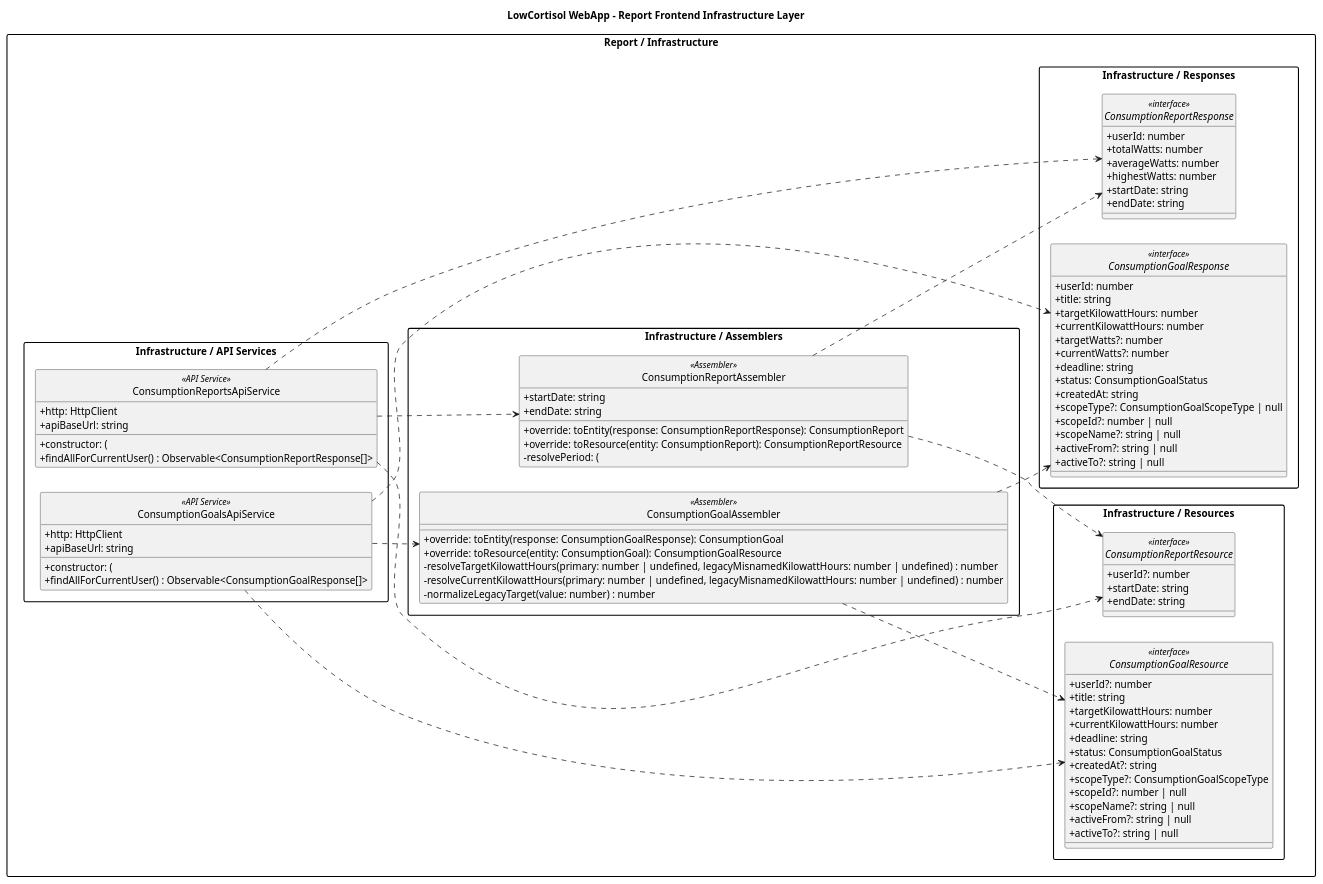
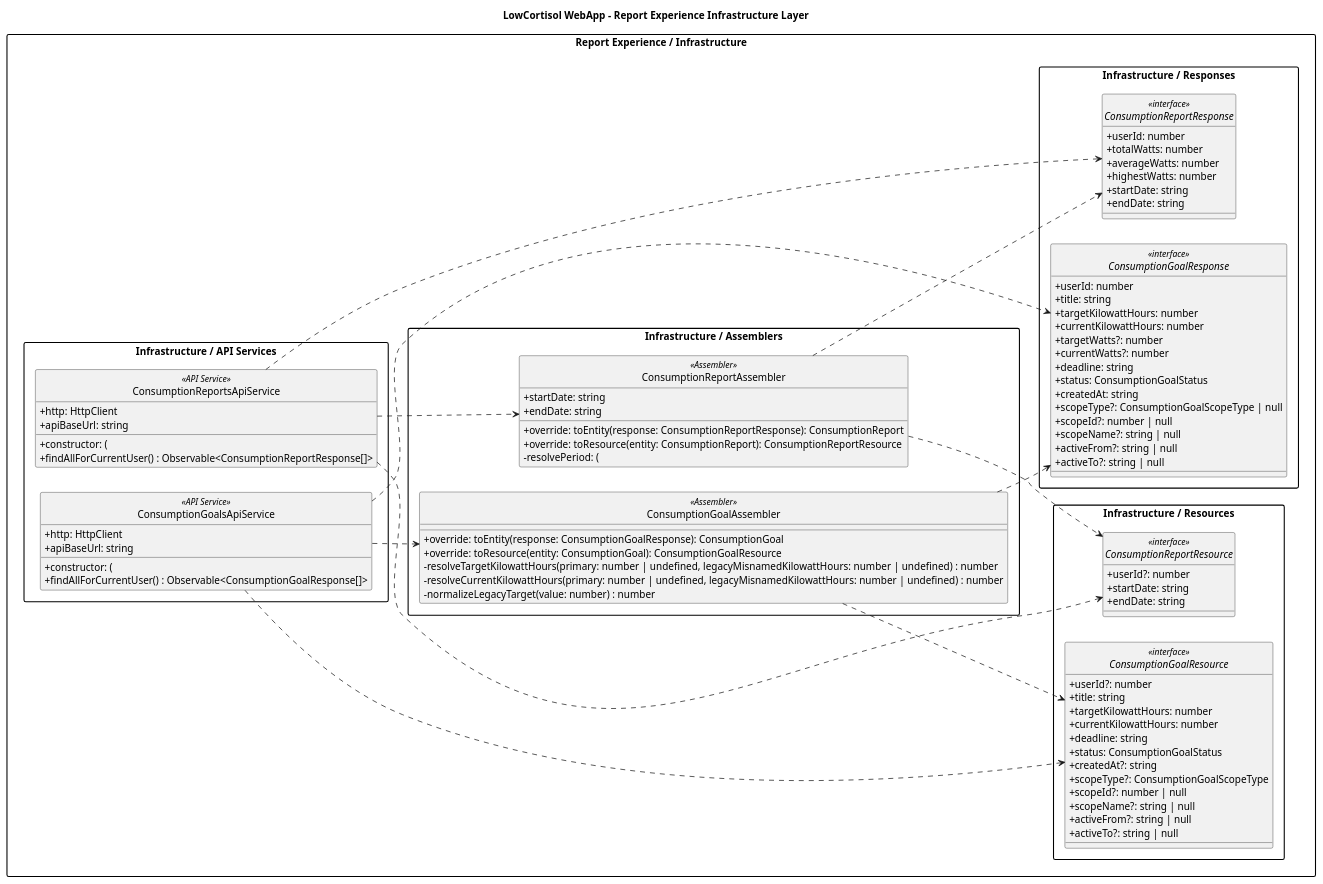
One commit to upc-pre-202610-1asi0730-12144-flowalert/lowcortisol-report changed the diagram in docs/diagrams/class/frontend/layers/report/frontend-report-infrastructure-class-diagram.puml. Above: the diagram before and after it, drawn with PlantUML. The commit also changed 51 other files, not shown here.

Commit message:
docs: align report diagrams with implemented bounded contexts

```diff
--- a/docs/diagrams/class/frontend/layers/report/frontend-report-infrastructure-class-diagram.puml
+++ b/docs/diagrams/class/frontend/layers/report/frontend-report-infrastructure-class-diagram.puml
@@ -1,101 +1,101 @@
 @startuml
-title LowCortisol WebApp - Report Frontend Infrastructure Layer
+title LowCortisol WebApp - Report Experience Infrastructure Layer
 left to right direction
 skinparam packageStyle rectangle
 skinparam shadowing false
 skinparam classAttributeIconSize 0
 hide circle
 
-package "Report / Infrastructure" {
+package "Report Experience / Infrastructure" {
   package "Infrastructure / API Services" {
     class "ConsumptionReportsApiService" as Frontend_report_ConsumptionReportsApiService <<API Service>> {
       + constructor: (
       + http: HttpClient
       + apiBaseUrl: string
       + findAllForCurrentUser() : Observable<ConsumptionReportResponse[]>
     }
     class "ConsumptionGoalsApiService" as Frontend_report_ConsumptionGoalsApiService <<API Service>> {
       + constructor: (
       + http: HttpClient
       + apiBaseUrl: string
       + findAllForCurrentUser() : Observable<ConsumptionGoalResponse[]>
     }
   }
   package "Infrastructure / Assemblers" {
     class "ConsumptionReportAssembler" as Frontend_report_ConsumptionReportAssembler <<Assembler>> {
       + override: toEntity(response: ConsumptionReportResponse): ConsumptionReport
       + override: toResource(entity: ConsumptionReport): ConsumptionReportResource
       - resolvePeriod: (
       + startDate: string
       + endDate: string
     }
     class "ConsumptionGoalAssembler" as Frontend_report_ConsumptionGoalAssembler <<Assembler>> {
       + override: toEntity(response: ConsumptionGoalResponse): ConsumptionGoal
       + override: toResource(entity: ConsumptionGoal): ConsumptionGoalResource
       - resolveTargetKilowattHours(primary: number | undefined, legacyMisnamedKilowattHours: number | undefined) : number
       - resolveCurrentKilowattHours(primary: number | undefined, legacyMisnamedKilowattHours: number | undefined) : number
       - normalizeLegacyTarget(value: number) : number
     }
   }
   package "Infrastructure / Resources" {
     interface "ConsumptionReportResource" as Frontend_report_ConsumptionReportResource <<interface>> {
       + userId?: number
       + startDate: string
       + endDate: string
     }
     interface "ConsumptionGoalResource" as Frontend_report_ConsumptionGoalResource <<interface>> {
       + userId?: number
       + title: string
       + targetKilowattHours: number
       + currentKilowattHours: number
       + deadline: string
       + status: ConsumptionGoalStatus
       + createdAt?: string
       + scopeType?: ConsumptionGoalScopeType
       + scopeId?: number | null
       + scopeName?: string | null
       + activeFrom?: string | null
       + activeTo?: string | null
     }
   }
   package "Infrastructure / Responses" {
     interface "ConsumptionReportResponse" as Frontend_report_ConsumptionReportResponse <<interface>> {
       + userId: number
       + totalWatts: number
       + averageWatts: number
       + highestWatts: number
       + startDate: string
       + endDate: string
     }
     interface "ConsumptionGoalResponse" as Frontend_report_ConsumptionGoalResponse <<interface>> {
       + userId: number
       + title: string
       + targetKilowattHours: number
       + currentKilowattHours: number
       + targetWatts?: number
       + currentWatts?: number
       + deadline: string
       + status: ConsumptionGoalStatus
       + createdAt: string
       + scopeType?: ConsumptionGoalScopeType | null
       + scopeId?: number | null
       + scopeName?: string | null
       + activeFrom?: string | null
       + activeTo?: string | null
     }
   }
 }
 
 Frontend_report_ConsumptionReportAssembler ..> Frontend_report_ConsumptionReportResource
 Frontend_report_ConsumptionReportAssembler ..> Frontend_report_ConsumptionReportResponse
 Frontend_report_ConsumptionReportsApiService ..> Frontend_report_ConsumptionReportAssembler
 Frontend_report_ConsumptionReportsApiService ..> Frontend_report_ConsumptionReportResource
 Frontend_report_ConsumptionReportsApiService ..> Frontend_report_ConsumptionReportResponse
 Frontend_report_ConsumptionGoalAssembler ..> Frontend_report_ConsumptionGoalResource
 Frontend_report_ConsumptionGoalAssembler ..> Frontend_report_ConsumptionGoalResponse
 Frontend_report_ConsumptionGoalsApiService ..> Frontend_report_ConsumptionGoalAssembler
 Frontend_report_ConsumptionGoalsApiService ..> Frontend_report_ConsumptionGoalResource
 Frontend_report_ConsumptionGoalsApiService ..> Frontend_report_ConsumptionGoalResponse
 
 
 @enduml
```
